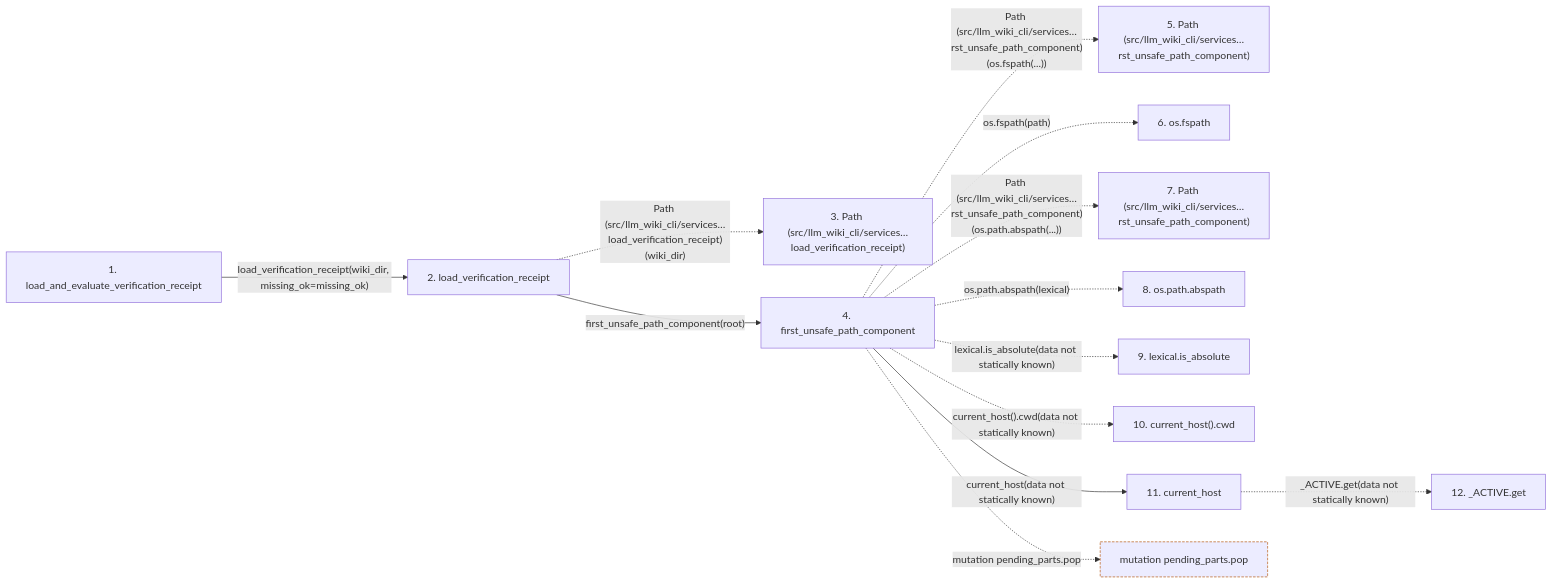
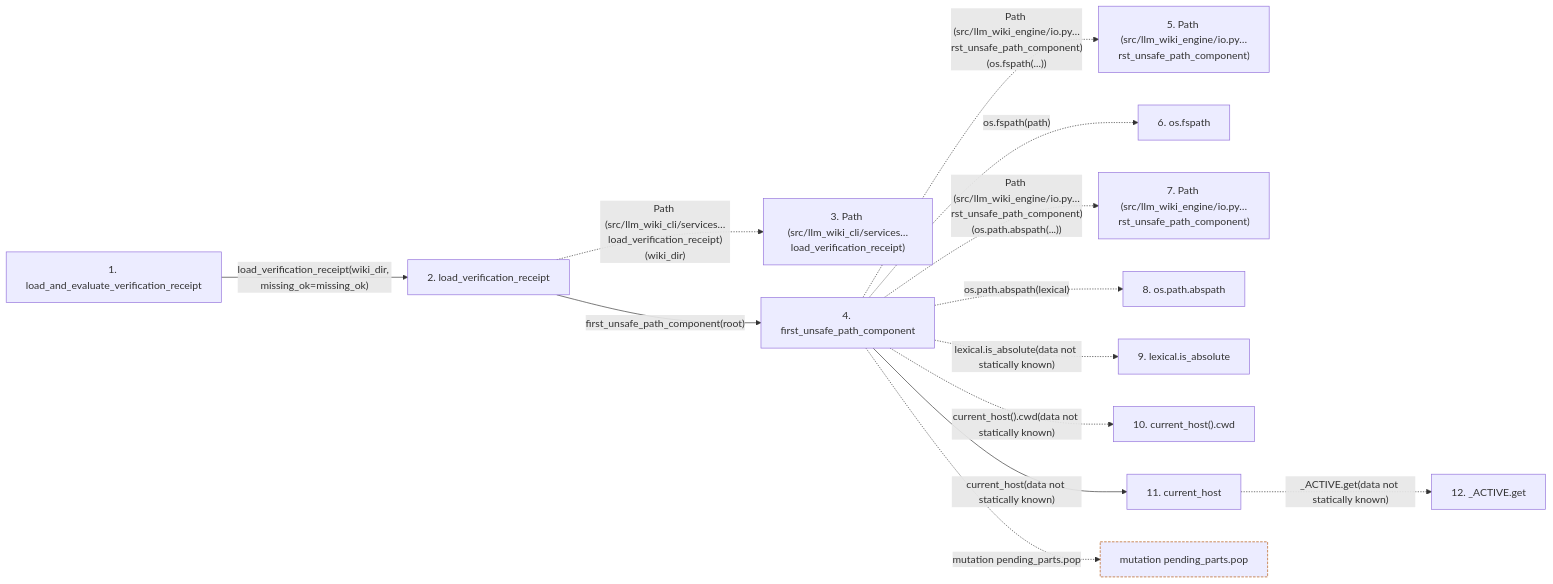
Before and after one commit to Denissvgn/python-wiki-llm: the second of 2 diagrams in docs/llm_wiki/flows/api-load_and_evaluate_verification_receipt.md, drawn with Mermaid. The commit also changed other lines of this file and 739 other files, not shown here.

First line of the commit message:
docs: refresh the wiki for the second engine batch

````diff
--- a/docs/llm_wiki/flows/api-load_and_evaluate_verification_receipt.md
+++ b/docs/llm_wiki/flows/api-load_and_evaluate_verification_receipt.md
@@ -138,34 +138,34 @@
 ```mermaid
 flowchart LR
     s1["1. load_and_evaluate_verification_receipt"]
     s2["2. load_verification_receipt"]
     s3["3. Path (src/llm_wiki_cli/services…load_verification_receipt)"]
     s4["4. first_unsafe_path_component"]
-    s5["5. Path (src/llm_wiki_cli/services…rst_unsafe_path_component)"]
+    s5["5. Path (src/llm_wiki_engine/io.py…rst_unsafe_path_component)"]
     s6["6. os.fspath"]
-    s7["7. Path (src/llm_wiki_cli/services…rst_unsafe_path_component)"]
+    s7["7. Path (src/llm_wiki_engine/io.py…rst_unsafe_path_component)"]
     s8["8. os.path.abspath"]
     s9["9. lexical.is_absolute"]
     s10["10. current_host().cwd"]
     s11["11. current_host"]
     s12["12. _ACTIVE.get"]
     s1 -->|"load_verification_receipt(wiki_dir, missing_ok=missing_ok)"| s2
     s2 -. "Path (src/llm_wiki_cli/services…load_verification_receipt)(wiki_dir)" .-> s3
     s2 -->|"first_unsafe_path_component(root)"| s4
-    s4 -. "Path (src/llm_wiki_cli/services…rst_unsafe_path_component)(os.fspath(...))" .-> s5
+    s4 -. "Path (src/llm_wiki_engine/io.py…rst_unsafe_path_component)(os.fspath(...))" .-> s5
     s4 -. "os.fspath(path)" .-> s6
-    s4 -. "Path (src/llm_wiki_cli/services…rst_unsafe_path_component)(os.path.abspath(...))" .-> s7
+    s4 -. "Path (src/llm_wiki_engine/io.py…rst_unsafe_path_component)(os.path.abspath(...))" .-> s7
     s4 -. "os.path.abspath(lexical)" .-> s8
     s4 -. "lexical.is_absolute(data not statically known)" .-> s9
     s4 -. "current_host().cwd(data not statically known)" .-> s10
     s4 -->|"current_host(data not statically known)"| s11
     s11 -. "_ACTIVE.get(data not statically known)" .-> s12
     b0["mutation pending_parts.pop"]
     s4 -. "mutation pending_parts.pop" .-> b0
     click s1 "../modules/verification_contracts.md"
     click s2 "../modules/verification_contracts.md"
     click s4 "../modules/io.md"
     click s11 "../modules/host.md"
     classDef boundary stroke:#b45309,stroke-dasharray: 4 2
     class b0 boundary
 ```
````
